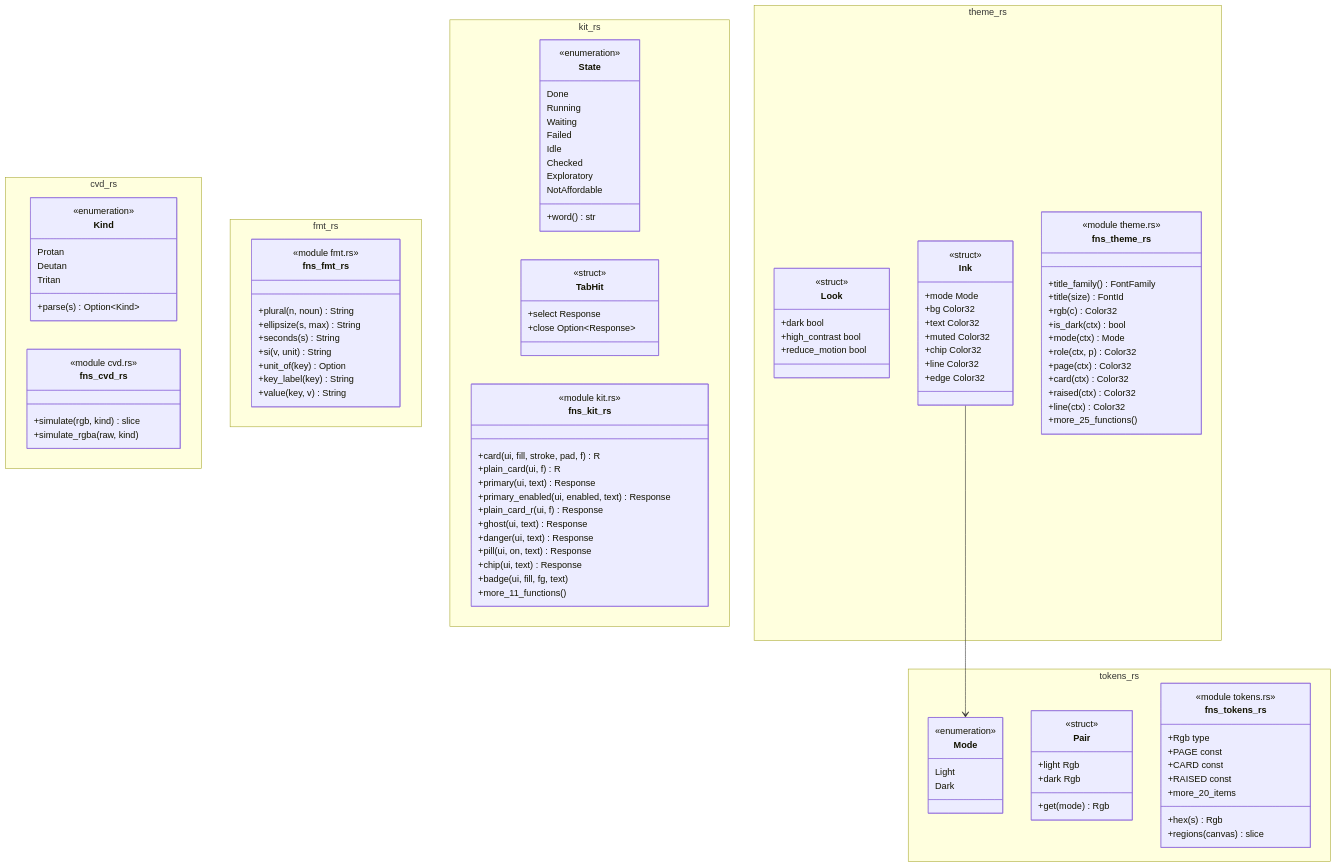
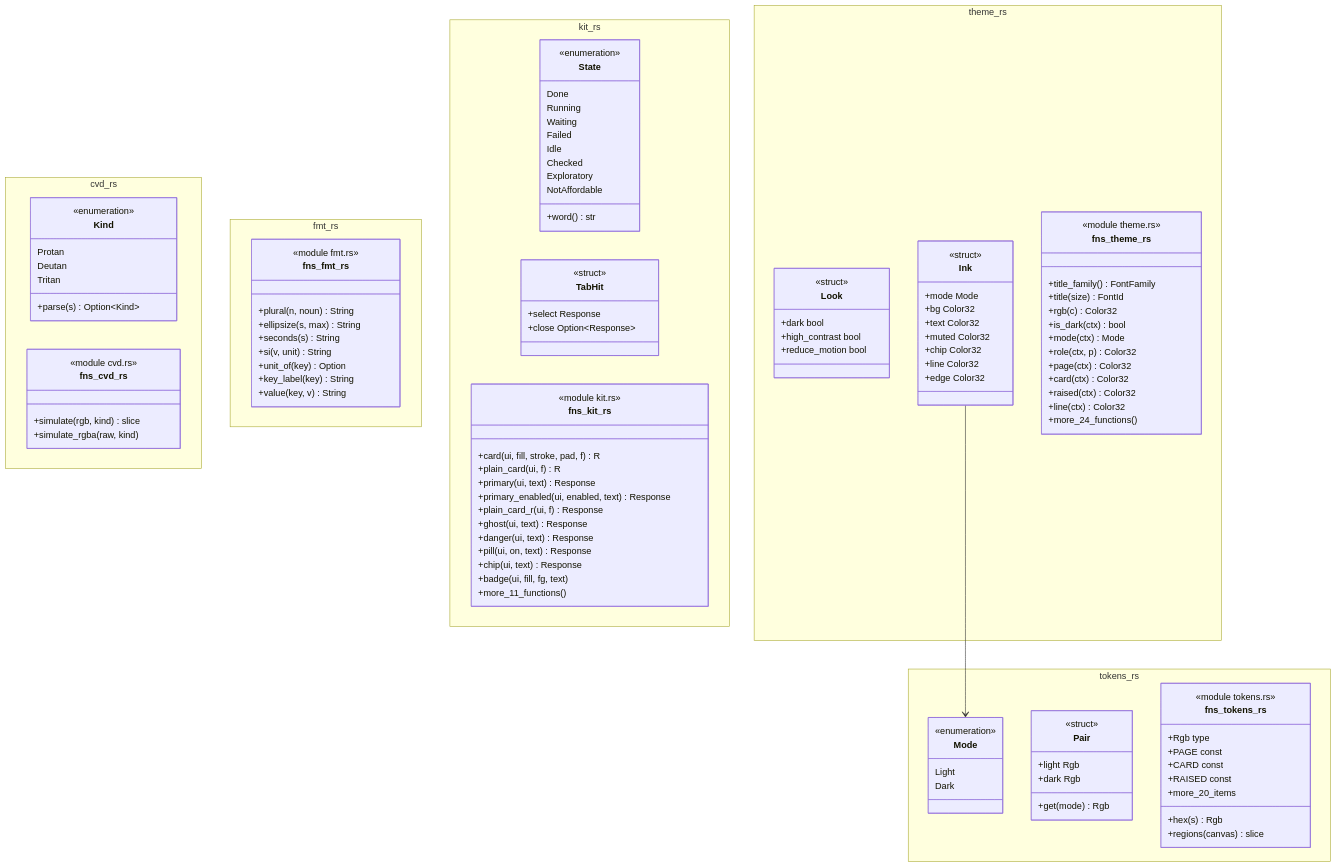
The diagram in docs/architecture/c4/4-code/app/style.md (p-j-r/nyx), drawn with Mermaid before and after one commit. The commit also changed other lines of this file and 150 other files, not shown here.

```diff
--- a/docs/architecture/c4/4-code/app/style.md
+++ b/docs/architecture/c4/4-code/app/style.md
@@ -125,7 +125,7 @@
         +card(ctx) Color32
         +raised(ctx) Color32
         +line(ctx) Color32
-        +more_25_functions()
+        +more_24_functions()
     }
   }
   namespace tokens_rs {
```
